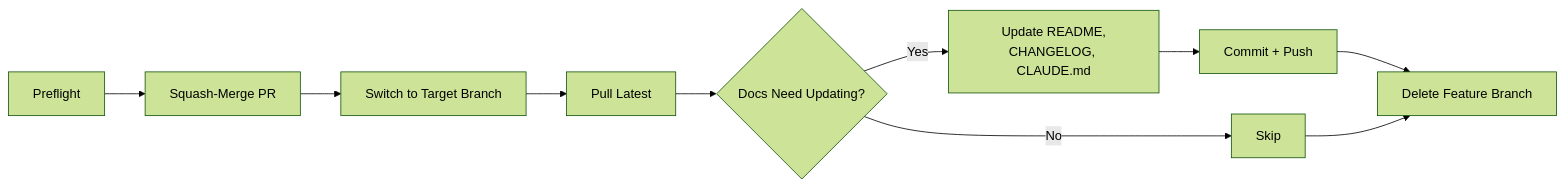
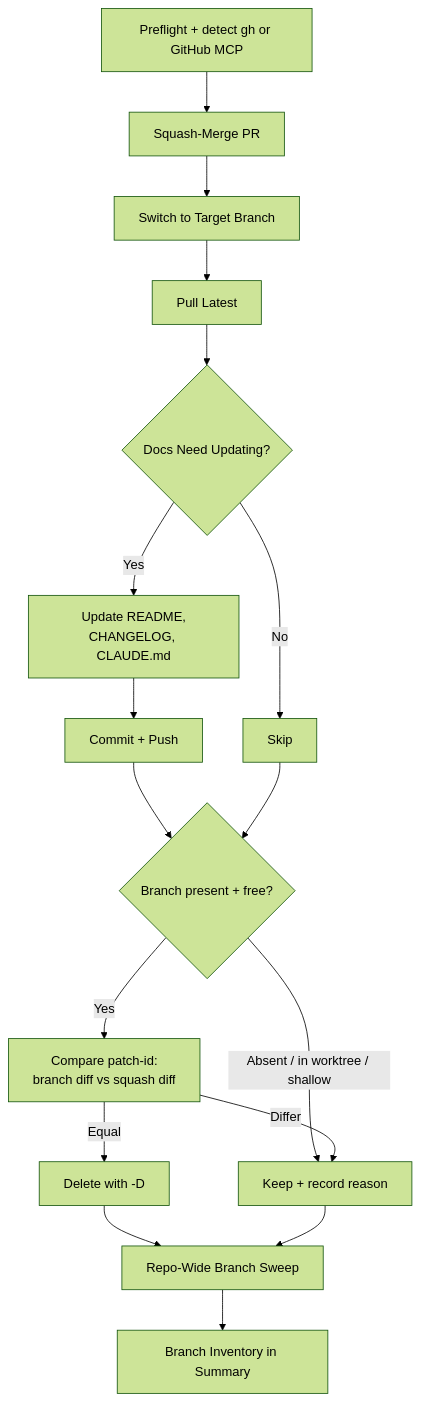
Before and after one commit to anbuneel/agentic-engineering: the fourth of 8 diagrams in docs/SKILLS_GUIDE.md, drawn with Mermaid (forest theme). The commit also changed other lines of this file and 3 other files, not shown here.

````diff
--- a/docs/SKILLS_GUIDE.md
+++ b/docs/SKILLS_GUIDE.md
@@ -142,12 +142,19 @@
 ```mermaid
-graph LR
-    A[Preflight] --> B[Squash-Merge PR]
+graph TD
+    A["Preflight + detect gh or GitHub MCP"] --> B[Squash-Merge PR]
     B --> C[Switch to Target Branch]
     C --> D[Pull Latest]
     D --> E{Docs Need Updating?}
     E -- Yes --> F["Update README,\nCHANGELOG, CLAUDE.md"]
     F --> G[Commit + Push]
     E -- No --> H[Skip]
-    G --> I[Delete Feature Branch]
+    G --> I{Branch present + free?}
     H --> I
+    I -- "Absent / in worktree / shallow" --> K[Keep + record reason]
+    I -- Yes --> J["Compare patch-id:\nbranch diff vs squash diff"]
+    J -- Equal --> L["Delete with -D"]
+    J -- Differ --> K
+    L --> M[Repo-Wide Branch Sweep]
+    K --> M
+    M --> N[Branch Inventory in Summary]
 ```
````
